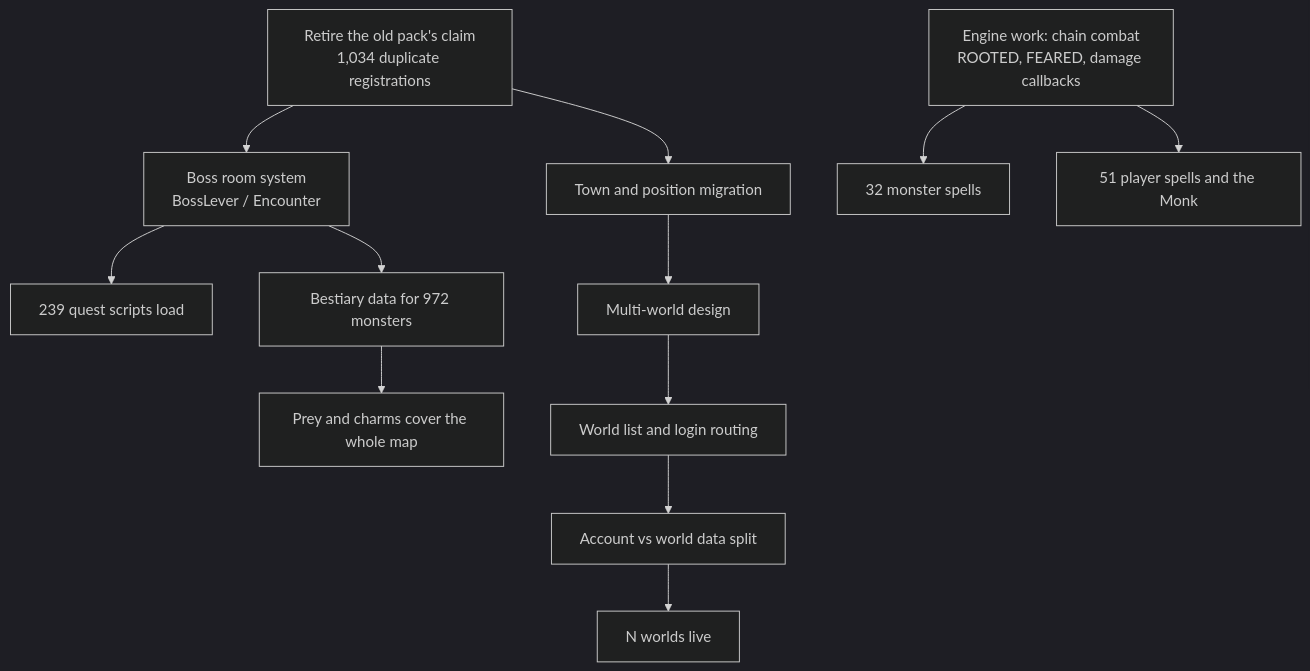
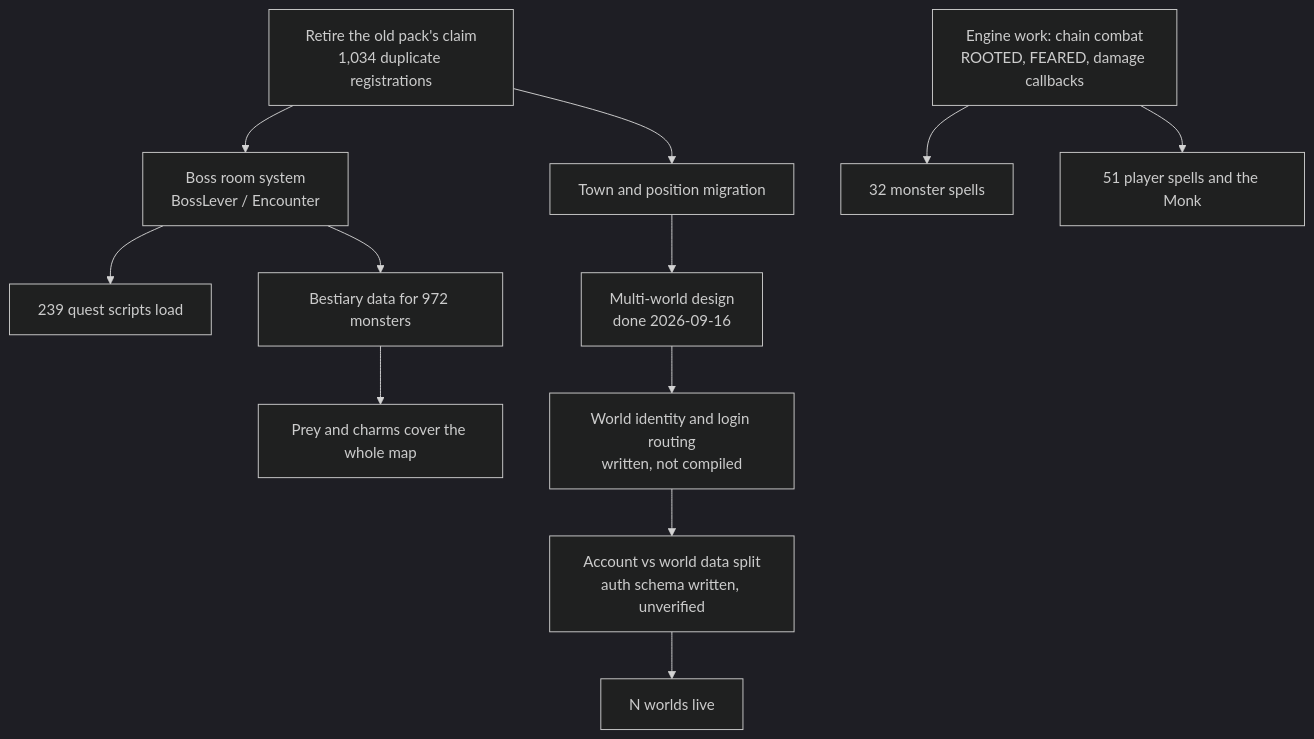
The diagram in roadmap.md (arken-fall/ArkOT), drawn with Mermaid (dark theme) before and after one commit. The commit also changed other lines of this file and 5 other files, not shown here.

````diff
--- a/roadmap.md
+++ b/roadmap.md
@@ -140,14 +175,14 @@
 ```mermaid
 flowchart TD
     A["Retire the old pack's claim<br/>1,034 duplicate registrations"] --> B["Boss room system<br/>BossLever / Encounter"]
     A --> C["Town and position migration"]
     B --> D["239 quest scripts load"]
-    C --> E["Multi-world design"]
-    E --> F["World list and login routing"]
-    F --> G["Account vs world data split"]
+    C --> E["Multi-world design<br/>done 2026-09-16"]
+    E --> F["World identity and login routing<br/>written, not compiled"]
+    F --> G["Account vs world data split<br/>auth schema written, unverified"]
     G --> H["N worlds live"]
     B --> I["Bestiary data for 972 monsters"]
     I --> J["Prey and charms cover the whole map"]
     K["Engine work: chain combat<br/>ROOTED, FEARED, damage callbacks"] --> L["32 monster spells"]
     K --> M["51 player spells and the Monk"]
 ```
````
